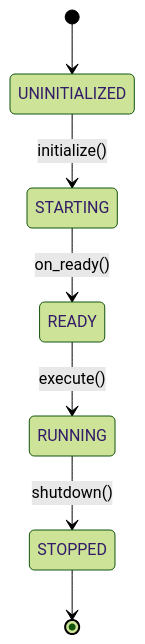
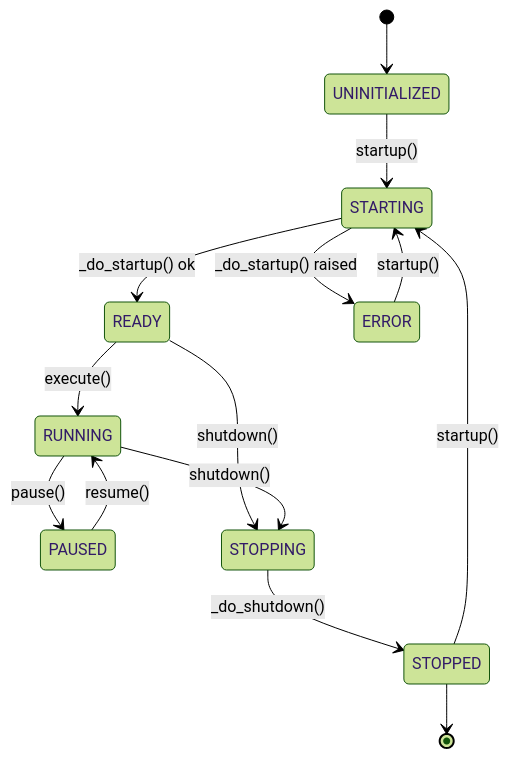
Before and after one commit to baselithcore/baselithcore: the second of 2 diagrams in mkdocs-site/docs/getting-started/framework-principles.md, drawn with Mermaid (forest theme). The commit also changed other lines of this file and 116 other files, not shown here.

Commit message:
docs: update documentation across all core modules, plugins, and architecture guides alongside internal core logic refinements and test suite updates.

````diff
--- a/mkdocs-site/docs/getting-started/framework-principles.md
+++ b/mkdocs-site/docs/getting-started/framework-principles.md
@@ -137,9 +137,16 @@
 ```mermaid
 stateDiagram-v2
     [*] --> UNINITIALIZED
-    UNINITIALIZED --> STARTING: initialize()
-    STARTING --> READY: on_ready()
+    UNINITIALIZED --> STARTING: startup()
+    STARTING --> READY: _do_startup() ok
+    STARTING --> ERROR: _do_startup() raised
+    ERROR --> STARTING: startup()
     READY --> RUNNING: execute()
-    RUNNING --> STOPPED: shutdown()
+    RUNNING --> PAUSED: pause()
+    PAUSED --> RUNNING: resume()
+    READY --> STOPPING: shutdown()
+    RUNNING --> STOPPING: shutdown()
+    STOPPING --> STOPPED: _do_shutdown()
+    STOPPED --> STARTING: startup()
     STOPPED --> [*]
 ```
````
